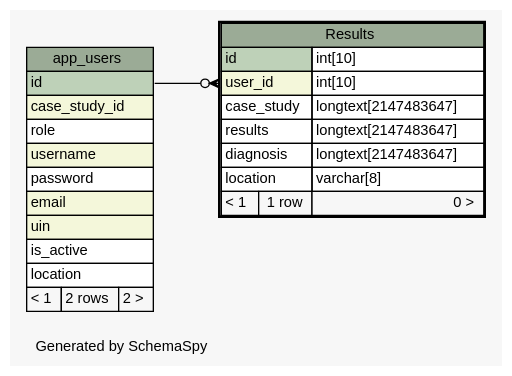
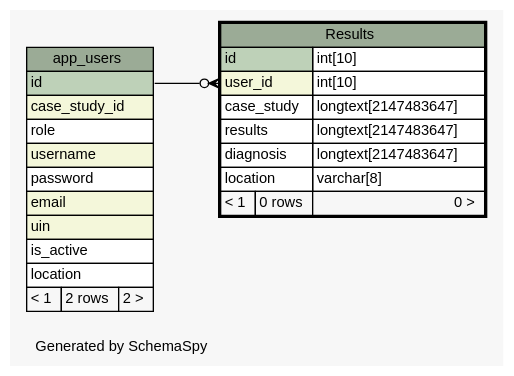
The diagram in web/files/schema/diagrams/Results.1degree.dot (carrel2/CaseStudies), drawn with Graphviz before and after one commit. The commit also changed 256 other files, not shown here.

```diff
--- a/web/files/schema/diagrams/Results.1degree.dot
+++ b/web/files/schema/diagrams/Results.1degree.dot
@@ -1,56 +1,56 @@
-// dot 2.38.0 on Linux 4.4.0-77-generic
+// dot 2.38.0 on Linux 4.4.0-78-generic
 // SchemaSpy rev 590
 digraph "oneDegreeRelationshipsDiagram" {
   graph [
     rankdir="RL"
     bgcolor="#f7f7f7"
     label="\nGenerated by SchemaSpy"
     labeljust="l"
     nodesep="0.18"
     ranksep="0.46"
     fontname="Helvetica"
     fontsize="11"
   ];
   node [
     fontname="Helvetica"
     fontsize="11"
     shape="plaintext"
   ];
   edge [
     arrowsize="0.8"
   ];
   "Results":"user_id":w -> "app_users":"id":e [arrowhead=none dir=back arrowtail=crowodot];
   "app_users" [
     label=<
     <TABLE BORDER="0" CELLBORDER="1" CELLSPACING="0" BGCOLOR="#ffffff">
       <TR><TD COLSPAN="3" BGCOLOR="#9bab96" ALIGN="CENTER">app_users</TD></TR>
       <TR><TD PORT="id" COLSPAN="3" BGCOLOR="#bed1b8" ALIGN="LEFT">id</TD></TR>
       <TR><TD PORT="case_study_id" COLSPAN="3" BGCOLOR="#f4f7da" ALIGN="LEFT">case_study_id</TD></TR>
       <TR><TD PORT="role" COLSPAN="3" ALIGN="LEFT">role</TD></TR>
       <TR><TD PORT="username" COLSPAN="3" BGCOLOR="#f4f7da" ALIGN="LEFT">username</TD></TR>
       <TR><TD PORT="password" COLSPAN="3" ALIGN="LEFT">password</TD></TR>
       <TR><TD PORT="email" COLSPAN="3" BGCOLOR="#f4f7da" ALIGN="LEFT">email</TD></TR>
       <TR><TD PORT="uin" COLSPAN="3" BGCOLOR="#f4f7da" ALIGN="LEFT">uin</TD></TR>
       <TR><TD PORT="is_active" COLSPAN="3" ALIGN="LEFT">is_active</TD></TR>
       <TR><TD PORT="location" COLSPAN="3" ALIGN="LEFT">location</TD></TR>
       <TR><TD ALIGN="LEFT" BGCOLOR="#f7f7f7">&lt; 1</TD><TD ALIGN="RIGHT" BGCOLOR="#f7f7f7">2 rows</TD><TD ALIGN="RIGHT" BGCOLOR="#f7f7f7">2 &gt;</TD></TR>
     </TABLE>>
     URL="app_users.html"
     tooltip="app_users"
   ];
   "Results" [
     label=<
     <TABLE BORDER="2" CELLBORDER="1" CELLSPACING="0" BGCOLOR="#ffffff">
       <TR><TD COLSPAN="3" BGCOLOR="#9bab96" ALIGN="CENTER">Results</TD></TR>
       <TR><TD PORT="id" COLSPAN="2" BGCOLOR="#bed1b8" ALIGN="LEFT">id</TD><TD PORT="id.type" ALIGN="LEFT">int[10]</TD></TR>
       <TR><TD PORT="user_id" COLSPAN="2" BGCOLOR="#f4f7da" ALIGN="LEFT">user_id</TD><TD PORT="user_id.type" ALIGN="LEFT">int[10]</TD></TR>
       <TR><TD PORT="case_study" COLSPAN="2" ALIGN="LEFT">case_study</TD><TD PORT="case_study.type" ALIGN="LEFT">longtext[2147483647]</TD></TR>
       <TR><TD PORT="results" COLSPAN="2" ALIGN="LEFT">results</TD><TD PORT="results.type" ALIGN="LEFT">longtext[2147483647]</TD></TR>
       <TR><TD PORT="diagnosis" COLSPAN="2" ALIGN="LEFT">diagnosis</TD><TD PORT="diagnosis.type" ALIGN="LEFT">longtext[2147483647]</TD></TR>
       <TR><TD PORT="location" COLSPAN="2" ALIGN="LEFT">location</TD><TD PORT="location.type" ALIGN="LEFT">varchar[8]</TD></TR>
-      <TR><TD ALIGN="LEFT" BGCOLOR="#f7f7f7">&lt; 1</TD><TD ALIGN="RIGHT" BGCOLOR="#f7f7f7">1 row</TD><TD ALIGN="RIGHT" BGCOLOR="#f7f7f7">0 &gt;</TD></TR>
+      <TR><TD ALIGN="LEFT" BGCOLOR="#f7f7f7">&lt; 1</TD><TD ALIGN="RIGHT" BGCOLOR="#f7f7f7">0 rows</TD><TD ALIGN="RIGHT" BGCOLOR="#f7f7f7">0 &gt;</TD></TR>
     </TABLE>>
     URL="Results.html"
     tooltip="Results"
   ];
 }
```
